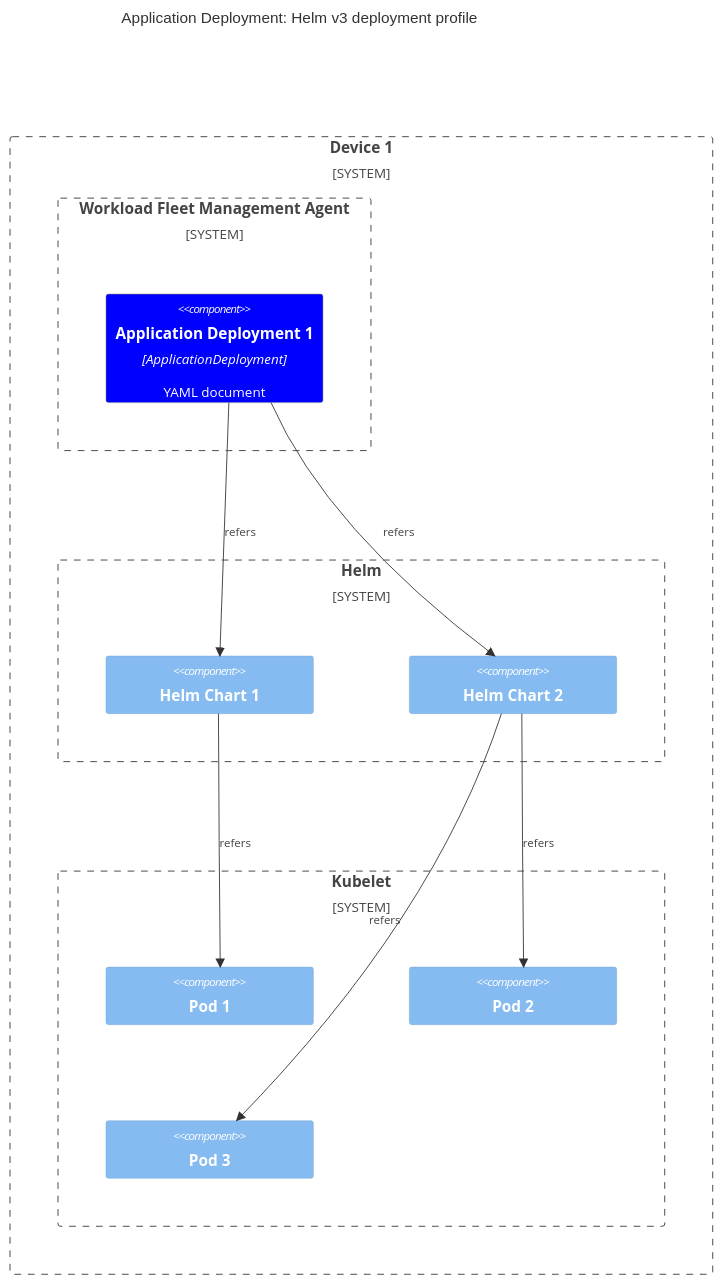
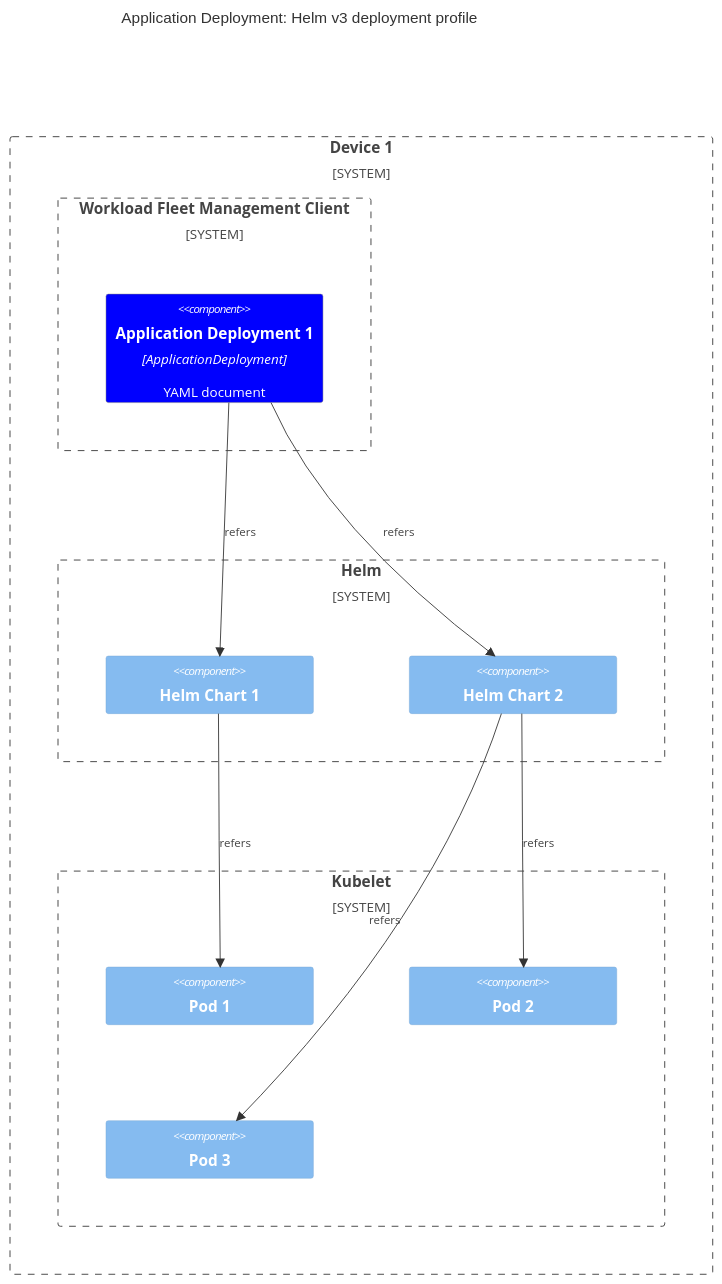
One commit to margo/general_website_content changed the fifth of 6 diagrams in system-design/personas-and-definitions/software-composition.md. Above: the diagram before and after it, drawn with Mermaid. The commit also changed other lines of this file and 20 other files, not shown here.

````diff
--- a/system-design/personas-and-definitions/software-composition.md
+++ b/system-design/personas-and-definitions/software-composition.md
@@ -209,32 +209,32 @@
 ```mermaid
 C4Component
     title Application Deployment: Helm v3 deployment profile
 
     UpdateLayoutConfig($c4BoundaryInRow="3", $c4ShapeInRow="1")
 
     System_Boundary(dev1, "Device 1") {
-        System_Boundary(woa1, "Workload Fleet Management Agent") {
+        System_Boundary(woa1, "Workload Fleet Management Client") {
             Component(atb1, "Application Deployment 1", "ApplicationDeployment", "YAML document")
         }
 
         System_Boundary(hel1, "Helm") {
             Component(hc1, "Helm Chart 1")
             Component(hc2, "Helm Chart 2")
         }
 
         System_Boundary(kbl1, "Kubelet") {
             Component(pod1, "Pod 1")
             Component(pod2, "Pod 2")
             Component(pod3, "Pod 3")
         }
     }
 
     Rel(atb1, hc1, "refers")
     Rel(hc1, pod1, "refers")
     Rel(atb1, hc2, "refers")
     Rel(hc2, pod2, "refers")
     Rel(hc2, pod3, "refers")
     Rel(hc2, pod3, "refers")
 
     UpdateElementStyle(atb1, $fontColor="white", $bgColor="blue", $borderColor="grey")
 ```
````
